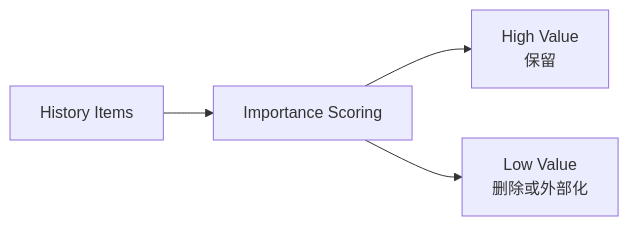
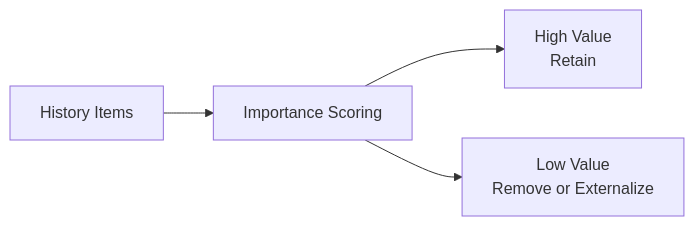
Before and after one commit to oneleaveknowsthefall/awesome-ai-roadmap: the seventh of 15 diagrams in docs/agent/03-memory-context/10-agent-memory-compression.md, drawn with Mermaid. The commit also changed other lines of this file and 68 other files, not shown here.

````diff
--- a/docs/agent/03-memory-context/10-agent-memory-compression.md
+++ b/docs/agent/03-memory-context/10-agent-memory-compression.md
@@ -310,6 +310,6 @@
 ```mermaid
 flowchart LR
     H[History Items] --> SCORE[Importance Scoring]
-    SCORE --> HIGH[High Value<br/>保留]
-    SCORE --> LOW[Low Value<br/>删除或外部化]
+    SCORE --> HIGH[High Value<br/>Retain]
+    SCORE --> LOW[Low Value<br/>Remove or Externalize]
 ```
````
